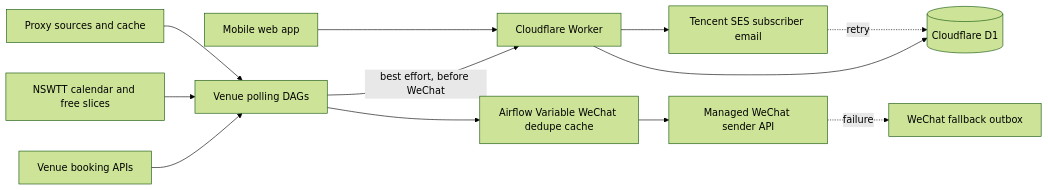
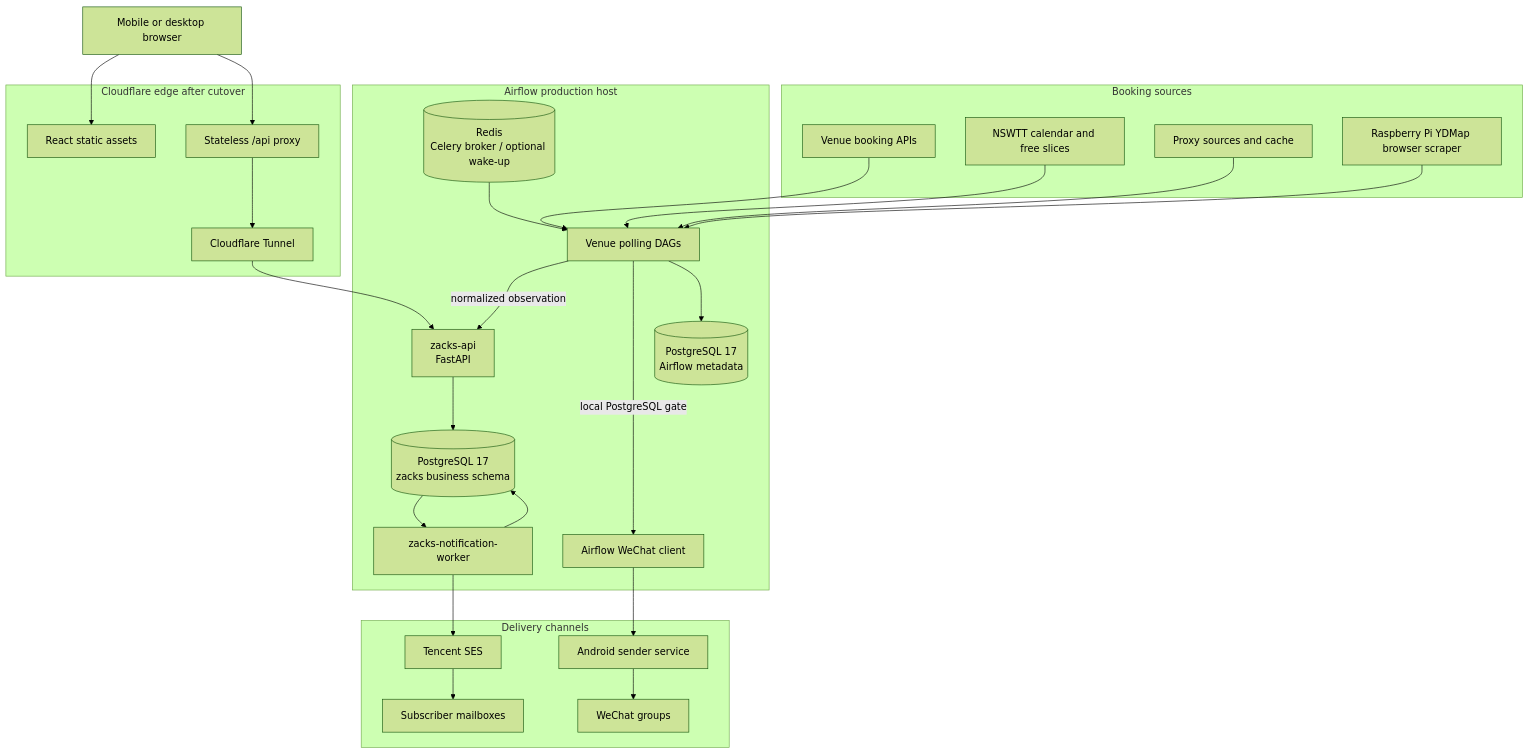
One commit to claude89757/wechat-on-airflow changed the second of 3 diagrams in ARCHITECTURE.md. Above: the diagram before and after it, drawn with Mermaid (forest theme). The commit also changed other lines of this file, not shown here.

Commit message:
docs(host-core): redefine Cloudflare as a stateless edge

````diff
--- a/ARCHITECTURE.md
+++ b/ARCHITECTURE.md
@@ -33,14 +35,56 @@
 ```mermaid
-flowchart LR
-    API["Venue booking APIs"] --> DAG["Venue polling DAGs"]
-    NSWTT["NSWTT calendar and free slices"] --> DAG
-    Proxy["Proxy sources and cache"] --> DAG
-    DAG -->|"best effort, before WeChat"| Worker["Cloudflare Worker"]
-    DAG --> Cache["Airflow Variable WeChat dedupe cache"]
-    Cache --> WeChat["Managed WeChat sender API"]
-    Web["Mobile web app"] --> Worker
-    Worker --> D1[("Cloudflare D1")]
-    Worker --> SubscriberEmail["Tencent SES subscriber email"]
-    SubscriberEmail -. retry .-> D1
-    WeChat -. failure .-> WeChatOutbox["WeChat fallback outbox"]
+flowchart TB
+    subgraph Sources["Booking sources"]
+        APIs["Venue booking APIs"]
+        NSWTT["NSWTT calendar and free slices"]
+        Proxy["Proxy sources and cache"]
+        Pi["Raspberry Pi YDMap browser scraper"]
+    end
+
+    subgraph AirflowHost["Airflow production host"]
+        DAG["Venue polling DAGs"]
+        CoreAPI["zacks-api<br/>FastAPI"]
+        CoreWorker["zacks-notification-worker"]
+        MetaDB[("PostgreSQL 17<br/>Airflow metadata")]
+        AppDB[("PostgreSQL 17<br/>zacks business schema")]
+        Redis[("Redis<br/>Celery broker / optional wake-up")]
+        WeChatClient["Airflow WeChat client"]
+    end
+
+    subgraph Edge["Cloudflare edge after cutover"]
+        Assets["React static assets"]
+        ProxyAPI["Stateless /api proxy"]
+        Tunnel["Cloudflare Tunnel"]
+    end
+
+    subgraph Channels["Delivery channels"]
+        SES["Tencent SES"]
+        Android["Android sender service"]
+        Mailbox["Subscriber mailboxes"]
+        Chat["WeChat groups"]
+    end
+
+    APIs --> DAG
+    NSWTT --> DAG
+    Proxy --> DAG
+    Pi --> DAG
+
+    DAG -->|"normalized observation"| CoreAPI
+    CoreAPI --> AppDB
+    AppDB --> CoreWorker
+    CoreWorker --> SES
+    SES --> Mailbox
+    CoreWorker --> AppDB
+
+    DAG -->|"local PostgreSQL gate"| WeChatClient
+    WeChatClient --> Android
+    Android --> Chat
+
+    DAG --> MetaDB
+    Redis --> DAG
+
+    Browser["Mobile or desktop browser"] --> Assets
+    Browser --> ProxyAPI
+    ProxyAPI --> Tunnel
+    Tunnel --> CoreAPI
 ```
````
